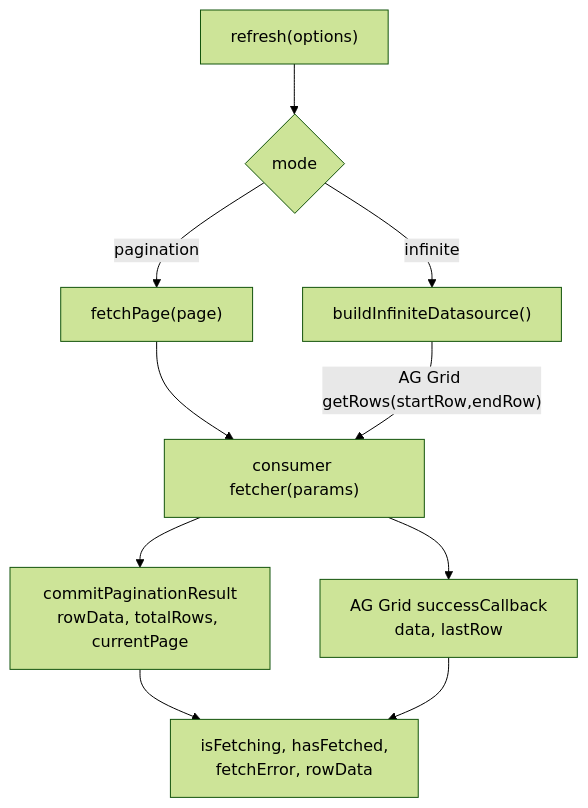
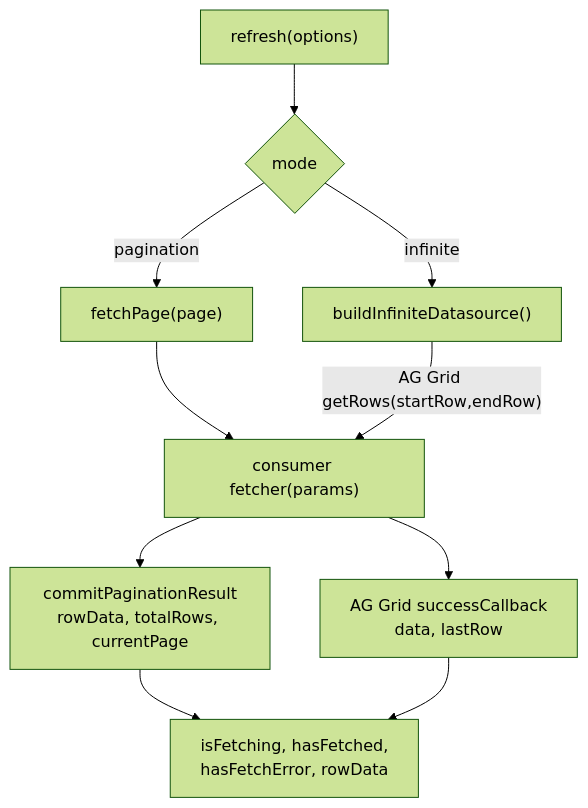
Before and after one commit to Kong/public-ui-components: the third of 5 diagrams in packages/core/table-data-grid/docs/architecture.md, drawn with Mermaid (forest theme). The commit also changed other lines of this file, not shown here.

Commit message:
docs(table-data-grid): tighten reviewer guidance

````diff
--- a/packages/core/table-data-grid/docs/architecture.md
+++ b/packages/core/table-data-grid/docs/architecture.md
@@ -137,21 +147,21 @@
 ```mermaid
 flowchart TD
   Refresh["refresh(options)"]
   Mode{"mode"}
   Page["fetchPage(page)"]
   Infinite["buildInfiniteDatasource()"]
   Fetcher["consumer fetcher(params)"]
   PageCommit["commitPaginationResult<br/>rowData, totalRows, currentPage"]
   GridCommit["AG Grid successCallback<br/>data, lastRow"]
-  State["isFetching, hasFetched,<br/>fetchError, rowData"]
+  State["isFetching, hasFetched,<br/>hasFetchError, rowData"]
 
   Refresh --> Mode
   Mode -->|"pagination"| Page
   Mode -->|"infinite"| Infinite
   Page --> Fetcher
   Infinite -->|"AG Grid getRows(startRow,endRow)"| Fetcher
   Fetcher --> PageCommit
   Fetcher --> GridCommit
   PageCommit --> State
   GridCommit --> State
 ```
````
